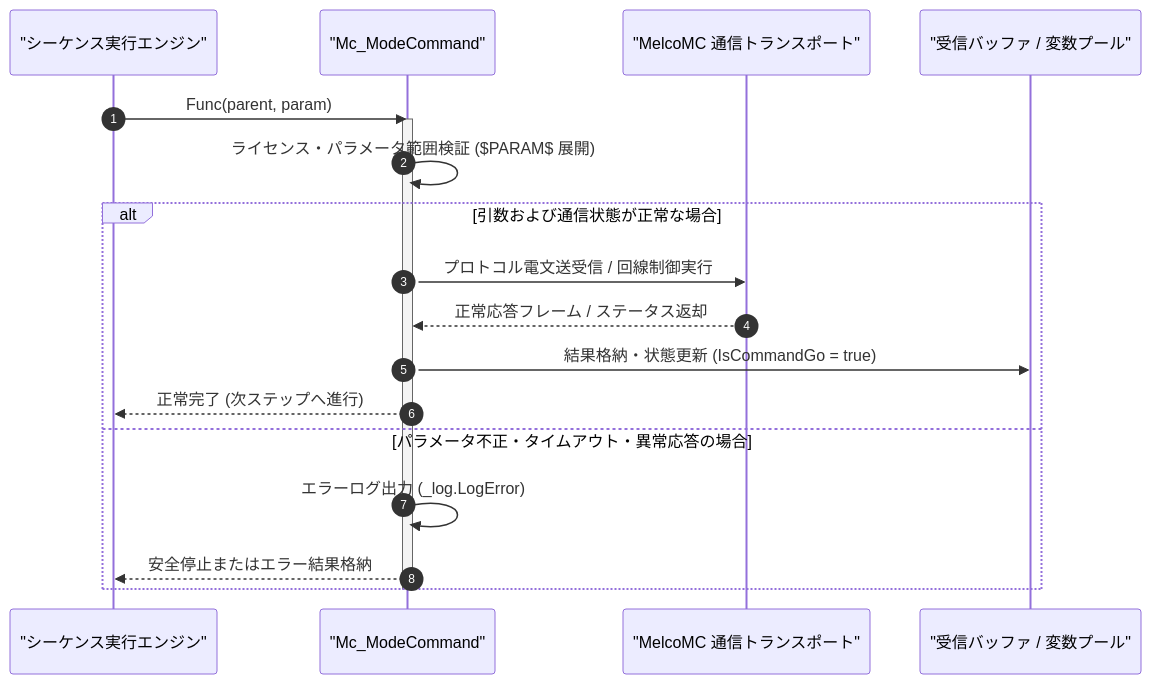
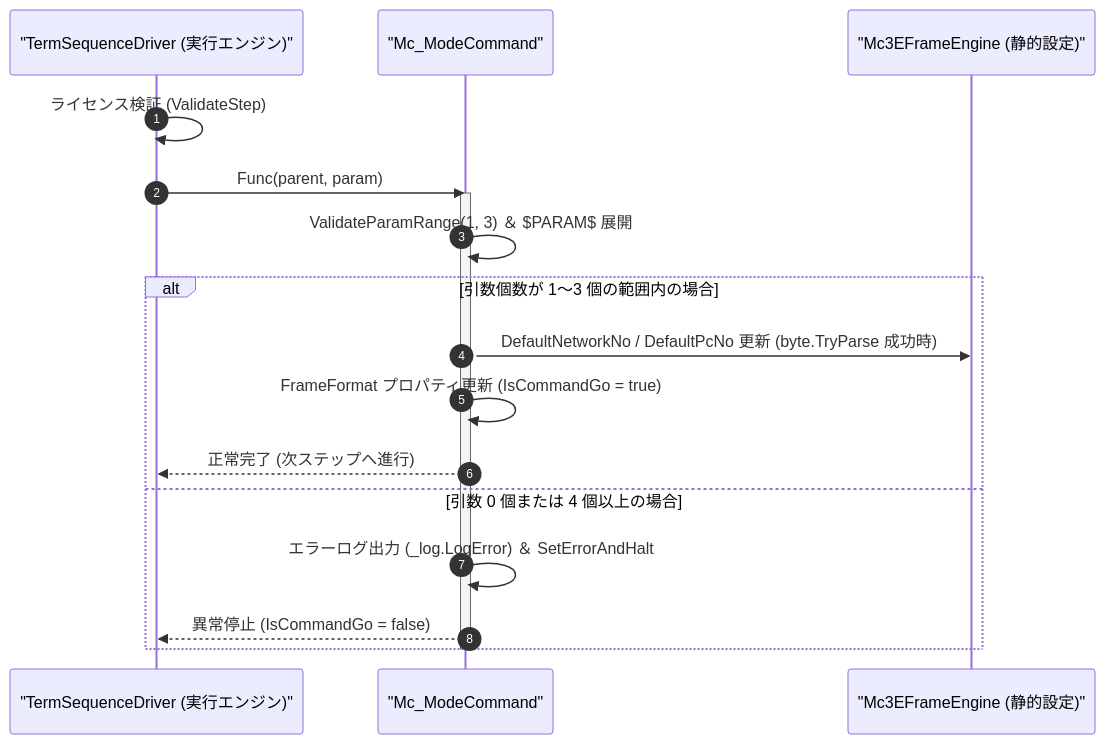
One commit to Monaca-App/TermAddIn changed the diagram in Manual/MelcoMC/Mc_Mode.Md. Above: the diagram before and after it, drawn with Mermaid. The commit also changed other lines of this file and 157 other files, not shown here.

````diff
--- a/Manual/MelcoMC/Mc_Mode.Md
+++ b/Manual/MelcoMC/Mc_Mode.Md
@@ -64,22 +75,21 @@
 ```mermaid
 sequenceDiagram
     autonumber
-    participant Script as "シーケンス実行エンジン"
+    participant Driver as "TermSequenceDriver (実行エンジン)"
     participant Cmd as "Mc_ModeCommand"
-    participant Trans as "MelcoMC 通信トランスポート"
-    participant Buf as "受信バッファ / 変数プール"
+    participant Engine as "Mc3EFrameEngine (静的設定)"
 
-    Script->>Cmd: Func(parent, param)
+    Driver->>Driver: ライセンス検証 (ValidateStep)
+    Driver->>Cmd: Func(parent, param)
     activate Cmd
-    Cmd->>Cmd: ライセンス・パラメータ範囲検証 ($PARAM$ 展開)
-    alt 引数および通信状態が正常な場合
-        Cmd->>Trans: プロトコル電文送受信 / 回線制御実行
-        Trans-->>Cmd: 正常応答フレーム / ステータス返却
-        Cmd->>Buf: 結果格納・状態更新 (IsCommandGo = true)
-        Cmd-->>Script: 正常完了 (次ステップへ進行)
-    else パラメータ不正・タイムアウト・異常応答の場合
-        Cmd->>Cmd: エラーログ出力 (_log.LogError)
-        Cmd-->>Script: 安全停止またはエラー結果格納
+    Cmd->>Cmd: ValidateParamRange(1, 3) ＆ $PARAM$ 展開
+    alt 引数個数が 1〜3 個の範囲内の場合
+        Cmd->>Engine: DefaultNetworkNo / DefaultPcNo 更新 (byte.TryParse 成功時)
+        Cmd->>Cmd: FrameFormat プロパティ更新 (IsCommandGo = true)
+        Cmd-->>Driver: 正常完了 (次ステップへ進行)
+    else 引数 0 個または 4 個以上の場合
+        Cmd->>Cmd: エラーログ出力 (_log.LogError) ＆ SetErrorAndHalt
+        Cmd-->>Driver: 異常停止 (IsCommandGo = false)
     end
     deactivate Cmd
 ```
````
